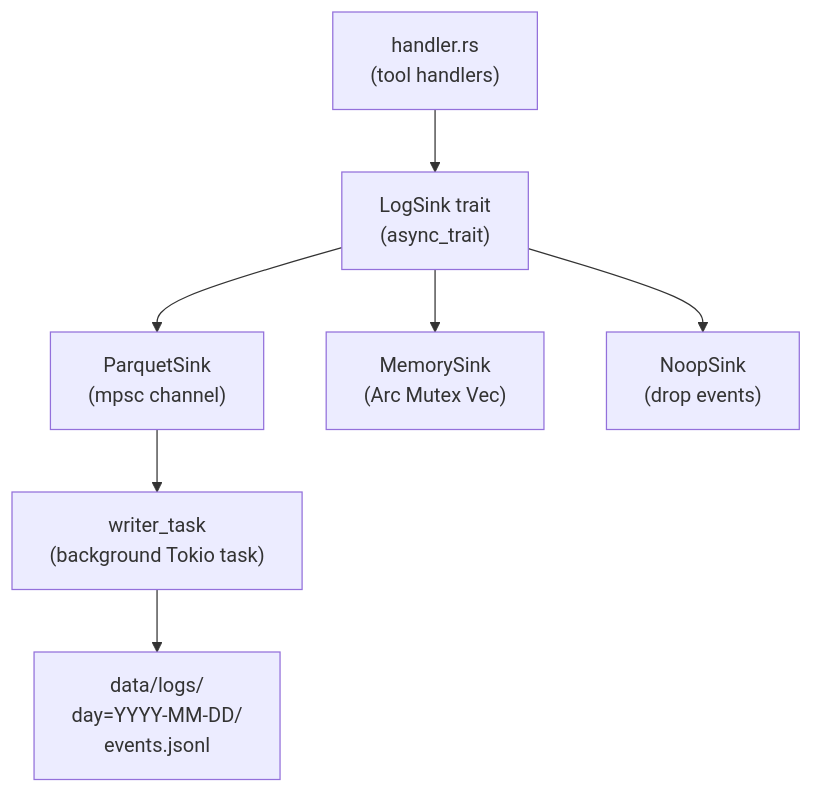
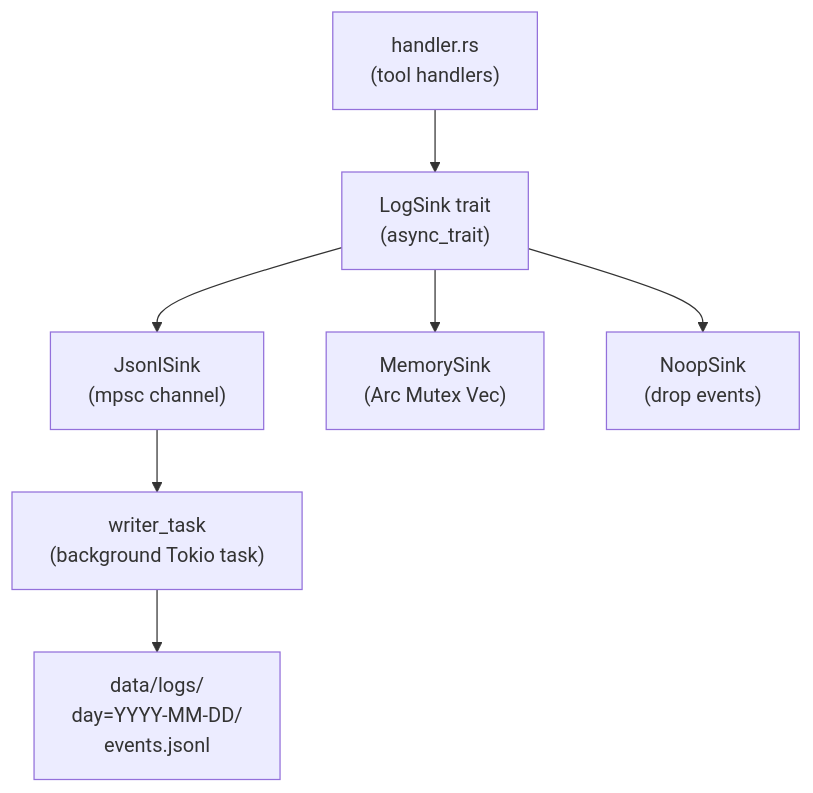
One commit to cipher-rc5/toon-mcp changed the sixth of 6 diagrams in docs/architecture.md. Above: the diagram before and after it, drawn with Mermaid. The commit also changed other lines of this file and 3 other files, not shown here.

First line of the commit message:
docs: update architecture, configuration, logging, and testing docs

````diff
--- a/docs/architecture.md
+++ b/docs/architecture.md
@@ -162,17 +162,17 @@
 ```mermaid
 graph TD
     Handler["handler.rs<br/>(tool handlers)"]
     Trait["LogSink trait<br/>(async_trait)"]
-    Parquet["ParquetSink<br/>(mpsc channel)"]
+    Parquet["JsonlSink<br/>(mpsc channel)"]
     Memory["MemorySink<br/>(Arc Mutex Vec)"]
     Noop["NoopSink<br/>(drop events)"]
     Writer["writer_task<br/>(background Tokio task)"]
     FS["data/logs/<br/>day=YYYY-MM-DD/<br/>events.jsonl"]
 
     Handler --> Trait
     Trait --> Parquet
     Trait --> Memory
     Trait --> Noop
     Parquet --> Writer
     Writer --> FS
 ```
````
